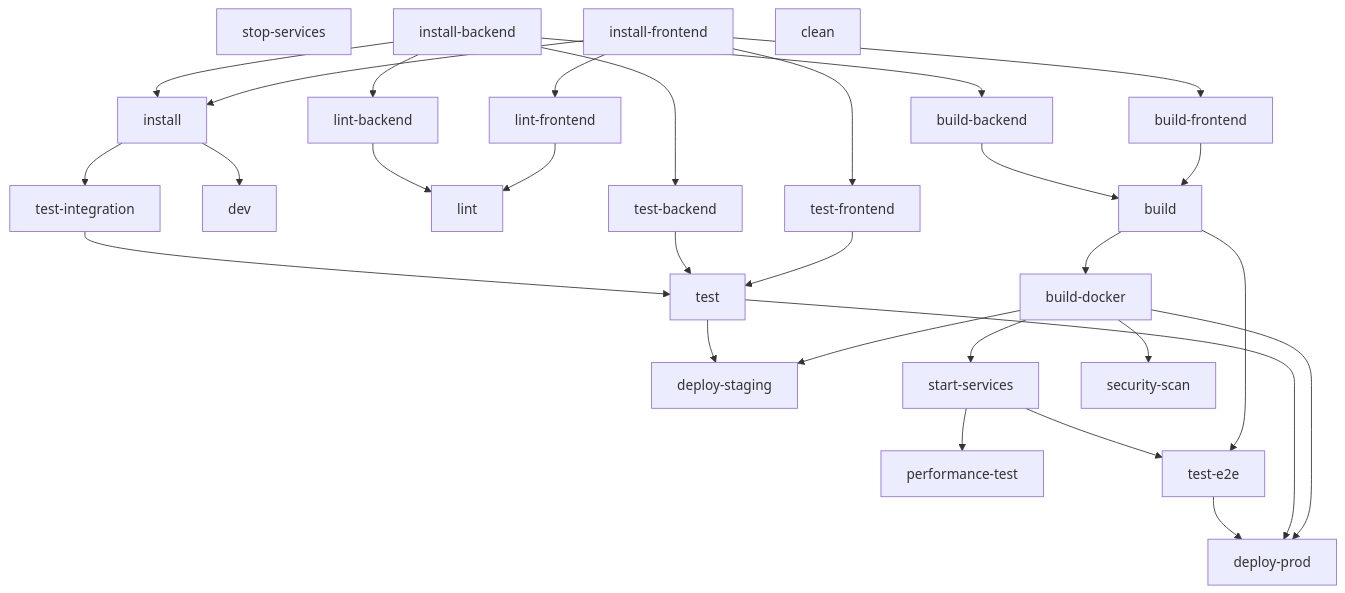
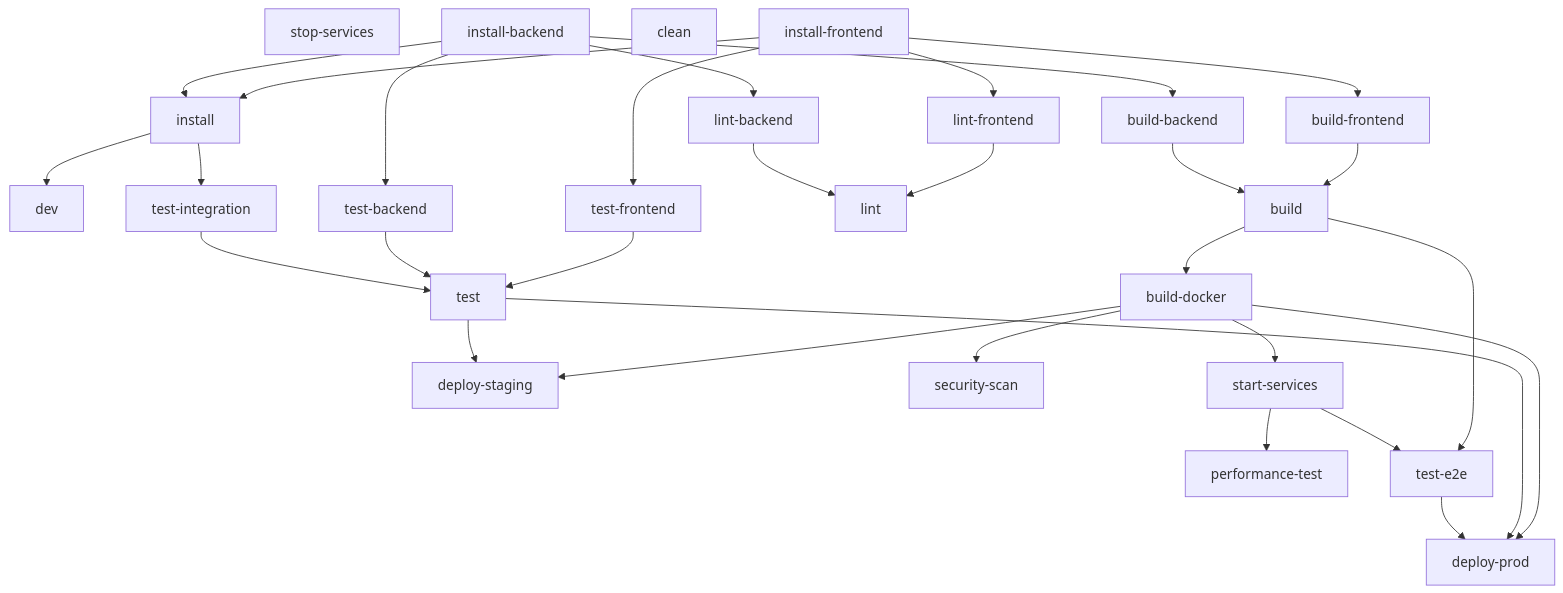
Before and after one commit to nichecode/pipeline-analyzer: the diagram in examples/complex-webapp/.discovery/pipeline-analyzer/gotask/tasks/dependency-graph.md, drawn with Mermaid. The commit also changed other lines of this file and 24 other files, not shown here.

````diff
--- a/examples/complex-webapp/.discovery/pipeline-analyzer/gotask/tasks/dependency-graph.md
+++ b/examples/complex-webapp/.discovery/pipeline-analyzer/gotask/tasks/dependency-graph.md
@@ -13,54 +13,54 @@
 ```mermaid
 graph TD
-    test-integration["test-integration"]
-    lint-frontend["lint-frontend"]
     stop-services["stop-services"]
-    install-backend["install-backend"]
-    build-frontend["build-frontend"]
     deploy-staging["deploy-staging"]
     performance-test["performance-test"]
     dev["dev"]
     install-frontend["install-frontend"]
+    test["test"]
+    test-frontend["test-frontend"]
+    build["build"]
+    deploy-prod["deploy-prod"]
+    clean["clean"]
+    install["install"]
+    test-integration["test-integration"]
     test-e2e["test-e2e"]
     lint["lint"]
+    lint-frontend["lint-frontend"]
+    build-frontend["build-frontend"]
+    security-scan["security-scan"]
+    lint-backend["lint-backend"]
+    build-docker["build-docker"]
+    start-services["start-services"]
+    install-backend["install-backend"]
+    test-backend["test-backend"]
     build-backend["build-backend"]
-    start-services["start-services"]
-    deploy-prod["deploy-prod"]
-    install["install"]
-    test-frontend["test-frontend"]
-    lint-backend["lint-backend"]
-    build["build"]
-    build-docker["build-docker"]
-    security-scan["security-scan"]
-    clean["clean"]
-    test["test"]
-    test-backend["test-backend"]
-    build-docker --> deploy-staging
-    test --> deploy-staging
-    install-backend --> build-backend
+    install-frontend --> build-frontend
+    build-docker --> security-scan
+    install-backend --> lint-backend
+    install-frontend --> test-frontend
+    build-frontend --> build
+    build-backend --> build
     build-docker --> deploy-prod
     test --> deploy-prod
     test-e2e --> deploy-prod
-    build-frontend --> build
-    build-backend --> build
+    install-frontend --> install
+    install-backend --> install
+    install-frontend --> lint-frontend
+    install-backend --> test-backend
+    build-docker --> deploy-staging
+    test --> deploy-staging
     build --> test-e2e
     start-services --> test-e2e
     build-docker --> start-services
-    install-frontend --> test-frontend
-    build-docker --> security-scan
+    install --> dev
     install --> test-integration
-    install-frontend --> lint-frontend
+    lint-frontend --> lint
+    lint-backend --> lint
+    build --> build-docker
+    install-backend --> build-backend
     start-services --> performance-test
-    install --> dev
-    install-frontend --> install
-    install-backend --> install
     test-frontend --> test
     test-backend --> test
     test-integration --> test
-    install-backend --> test-backend
-    install-frontend --> build-frontend
-    lint-frontend --> lint
-    lint-backend --> lint
-    install-backend --> lint-backend
-    build --> build-docker
 ```
````
